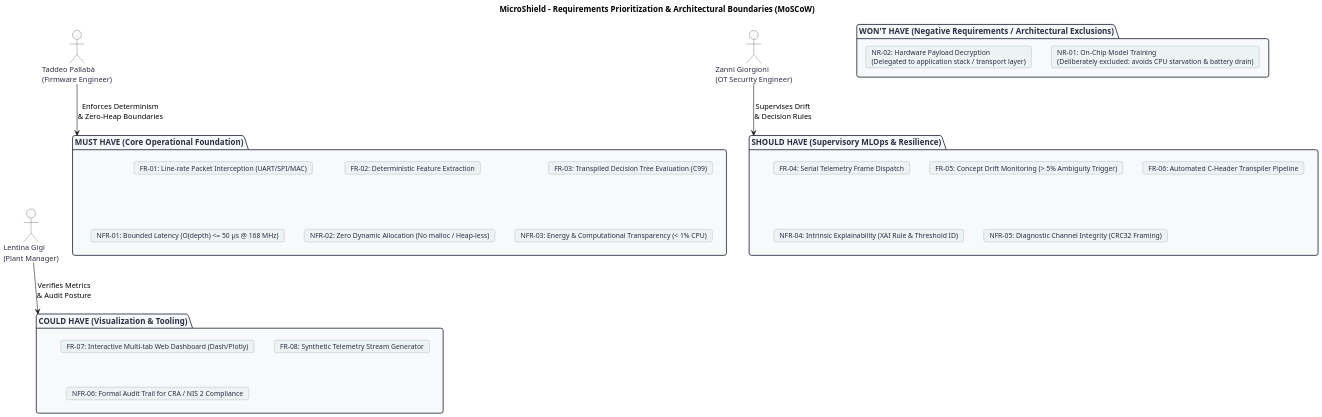
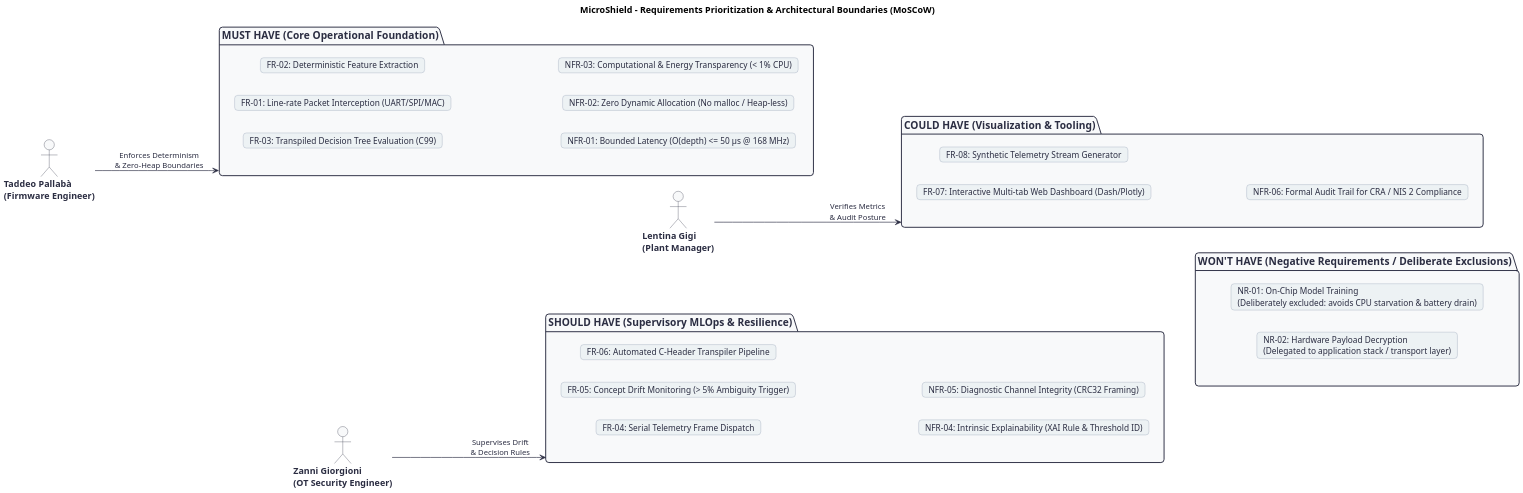
The diagram in diagrams/requirements_moscow.puml (unibo-dtm-se-2223-microshield/report), drawn with PlantUML before and after one commit. The commit also changed 1 other file, not shown here.

Commit message:
docs(requirements): refactor moscow diagram to 2x2 grid layout

```diff
--- a/diagrams/requirements_moscow.puml
+++ b/diagrams/requirements_moscow.puml
@@ -1,69 +1,84 @@
 @startuml requirements_moscow
-skinparam dpi 160
+skinparam dpi 180
 skinparam backgroundColor #FFFFFF
 skinparam defaultFontName Arial
-skinparam defaultFontSize 13
-skinparam roundcorner 8
+skinparam defaultFontSize 14
+skinparam roundcorner 10
 skinparam shadowing false
 
 skinparam package {
     BackgroundColor #F8F9FA
     BorderColor #2B2D42
     FontColor #2B2D42
     FontStyle bold
-    FontSize 14
+    FontSize 16
 }
 
 skinparam card {
     BackgroundColor #EDF2F4
     BorderColor #8D99AE
     FontColor #2B2D42
-    FontSize 12
+    FontSize 13
 }
 
 skinparam actor {
     BackgroundColor #F8F9FA
     BorderColor #2B2D42
     FontColor #2B2D42
-    FontSize 13
+    FontSize 14
+    FontStyle bold
+}
+
+skinparam arrow {
+    Color #2B2D42
+    FontColor #2B2D42
+    FontSize 12
 }
 
 title MicroShield - Requirements Prioritization & Architectural Boundaries (MoSCoW)
+
+left to right direction
 
 actor "Taddeo Pallabà\n(Firmware Engineer)" as Taddeo
 actor "Zanni Giorgioni\n(OT Security Engineer)" as Zanni
 actor "Lentina Gigi\n(Plant Manager)" as Lentina
 
 package "MUST HAVE (Core Operational Foundation)" as MUST {
     card "FR-01: Line-rate Packet Interception (UART/SPI/MAC)" as M1
     card "FR-02: Deterministic Feature Extraction" as M2
     card "FR-03: Transpiled Decision Tree Evaluation (C99)" as M3
     card "NFR-01: Bounded Latency (O(depth) <= 50 µs @ 168 MHz)" as M4
     card "NFR-02: Zero Dynamic Allocation (No malloc / Heap-less)" as M5
-    card "NFR-03: Energy & Computational Transparency (< 1% CPU)" as M6
+    card "NFR-03: Computational & Energy Transparency (< 1% CPU)" as M6
 }
 
 package "SHOULD HAVE (Supervisory MLOps & Resilience)" as SHOULD {
     card "FR-04: Serial Telemetry Frame Dispatch" as S1
     card "FR-05: Concept Drift Monitoring (> 5% Ambiguity Trigger)" as S2
     card "FR-06: Automated C-Header Transpiler Pipeline" as S3
     card "NFR-04: Intrinsic Explainability (XAI Rule & Threshold ID)" as S4
     card "NFR-05: Diagnostic Channel Integrity (CRC32 Framing)" as S5
 }
 
 package "COULD HAVE (Visualization & Tooling)" as COULD {
     card "FR-07: Interactive Multi-tab Web Dashboard (Dash/Plotly)" as C1
     card "FR-08: Synthetic Telemetry Stream Generator" as C2
     card "NFR-06: Formal Audit Trail for CRA / NIS 2 Compliance" as C3
 }
 
-package "WON'T HAVE (Negative Requirements / Architectural Exclusions)" as WONT {
+package "WON'T HAVE (Negative Requirements / Deliberate Exclusions)" as WONT {
     card "NR-01: On-Chip Model Training\n(Deliberately excluded: avoids CPU starvation & battery drain)" as W1
     card "NR-02: Hardware Payload Decryption\n(Delegated to application stack / transport layer)" as W2
 }
 
+' Layout grid enforcement: 2x2 structure
+MUST -[hidden]down-> SHOULD
+COULD -[hidden]down-> WONT
+MUST -[hidden]right-> COULD
+
+' Actor traceability links
 Taddeo --> MUST : Enforces Determinism\n& Zero-Heap Boundaries
 Zanni --> SHOULD : Supervises Drift\n& Decision Rules
 Lentina --> COULD : Verifies Metrics\n& Audit Posture
 
 @enduml
```
